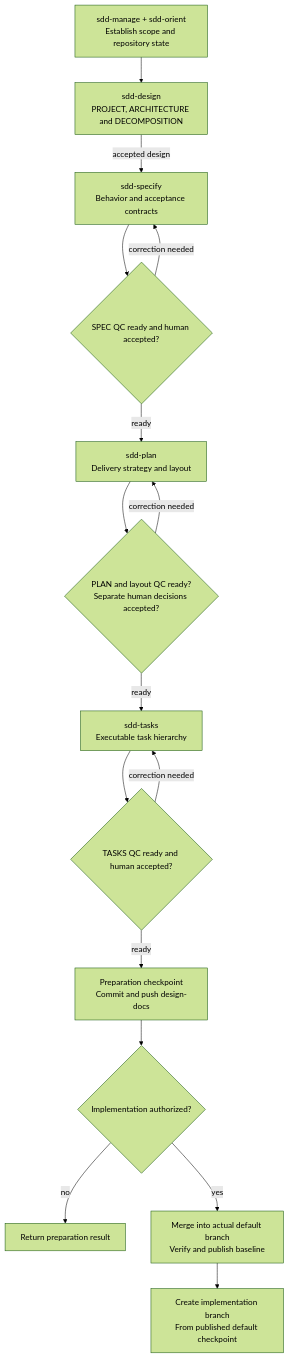
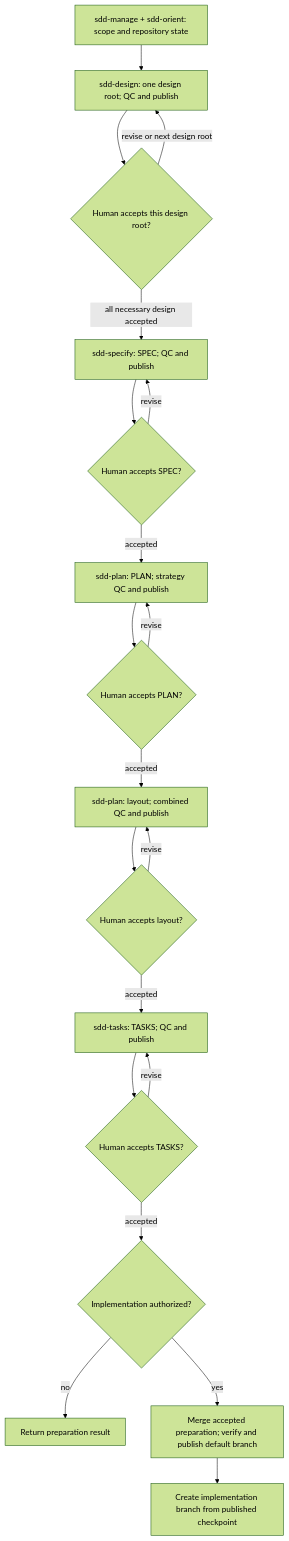
The first of 4 diagrams in README.md (pchemguy/SDD-Manager), drawn with Mermaid (forest theme) before and after one commit. The commit also changed other lines of this file and 3 other files, not shown here.

Commit message:
docs: Align preparation diagram and native milestone guidance

````diff
--- a/README.md
+++ b/README.md
@@ -108,18 +108,22 @@
 ```mermaid
 flowchart TB
-    M["sdd-manage + sdd-orient<br/>Establish scope and repository state"] --> D["sdd-design<br/>PROJECT, ARCHITECTURE and DECOMPOSITION"]
-    D -->|"accepted design"| S["sdd-specify<br/>Behavior and acceptance contracts"]
-    S --> SQ{"SPEC QC ready and human accepted?"}
-    SQ -->|"correction needed"| S
-    SQ -->|"ready"| P["sdd-plan<br/>Delivery strategy and layout"]
-    P --> PQ{"PLAN and layout QC ready?<br/>Separate human decisions accepted?"}
-    PQ -->|"correction needed"| P
-    PQ -->|"ready"| T["sdd-tasks<br/>Executable task hierarchy"]
-    T --> TQ{"TASKS QC ready and human accepted?"}
-    TQ -->|"correction needed"| T
-    TQ -->|"ready"| E["Preparation checkpoint<br/>Commit and push design-docs"]
-    E --> A{"Implementation authorized?"}
+    M["sdd-manage + sdd-orient: scope and repository state"] --> D["sdd-design: one design root; QC and publish"]
+    D --> DQ{"Human accepts this design root?"}
+    DQ -->|"revise or next design root"| D
+    DQ -->|"all necessary design accepted"| S["sdd-specify: SPEC; QC and publish"]
+    S --> SQ{"Human accepts SPEC?"}
+    SQ -->|"revise"| S
+    SQ -->|"accepted"| P["sdd-plan: PLAN; strategy QC and publish"]
+    P --> PQ{"Human accepts PLAN?"}
+    PQ -->|"revise"| P
+    PQ -->|"accepted"| L["sdd-plan: layout; combined QC and publish"]
+    L --> LQ{"Human accepts layout?"}
+    LQ -->|"revise"| L
+    LQ -->|"accepted"| T["sdd-tasks: TASKS; QC and publish"]
+    T --> TQ{"Human accepts TASKS?"}
+    TQ -->|"revise"| T
+    TQ -->|"accepted"| A{"Implementation authorized?"}
     A -->|"no"| R["Return preparation result"]
-    A -->|"yes"| G["Merge into actual default branch<br/>Verify and publish baseline"]
-    G --> B["Create implementation branch<br/>From published default checkpoint"]
+    A -->|"yes"| G["Merge accepted preparation; verify and publish default branch"]
+    G --> B["Create implementation branch from published checkpoint"]
 ```
````
